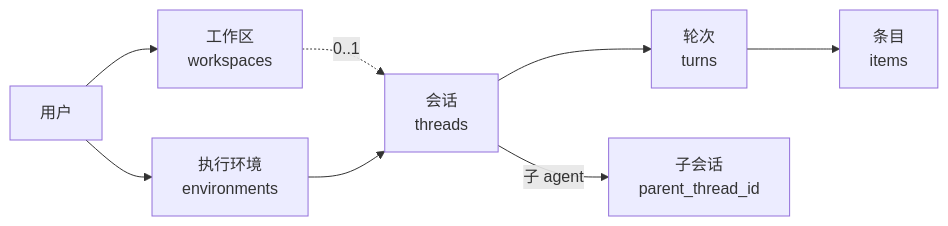
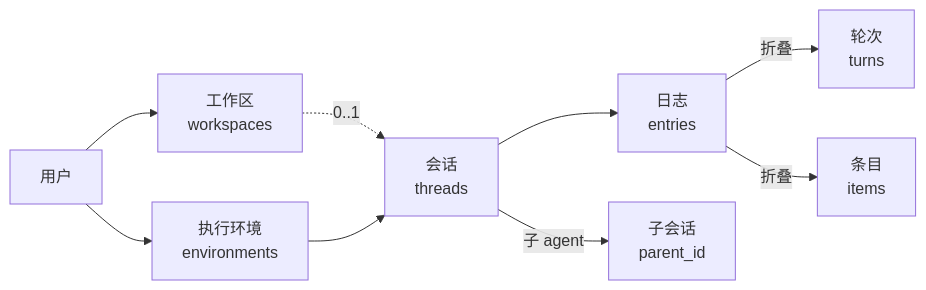
Before and after one commit to 0xfakeSpike/ollupi: the first of 5 diagrams in docs/lifecycle.md, drawn with Mermaid. The commit also changed other lines of this file and 2 other files, not shown here.

First line of the commit message:
Describe the log-centric engine in the docs

````diff
--- a/docs/lifecycle.md
+++ b/docs/lifecycle.md
@@ -7,10 +7,11 @@
 ```mermaid
 flowchart LR
   user["用户"] --> ws["工作区<br/>workspaces"]
   user --> env["执行环境<br/>environments"]
   ws -. "0..1" .-> thread["会话<br/>threads"]
   env --> thread
-  thread --> turn["轮次<br/>turns"]
-  turn --> item["条目<br/>items"]
-  thread -- "子 agent" --> child["子会话<br/>parent_thread_id"]
+  thread --> log["日志<br/>entries"]
+  log -- "折叠" --> turn["轮次<br/>turns"]
+  log -- "折叠" --> item["条目<br/>items"]
+  thread -- "子 agent" --> child["子会话<br/>parent_id"]
 ```
````
